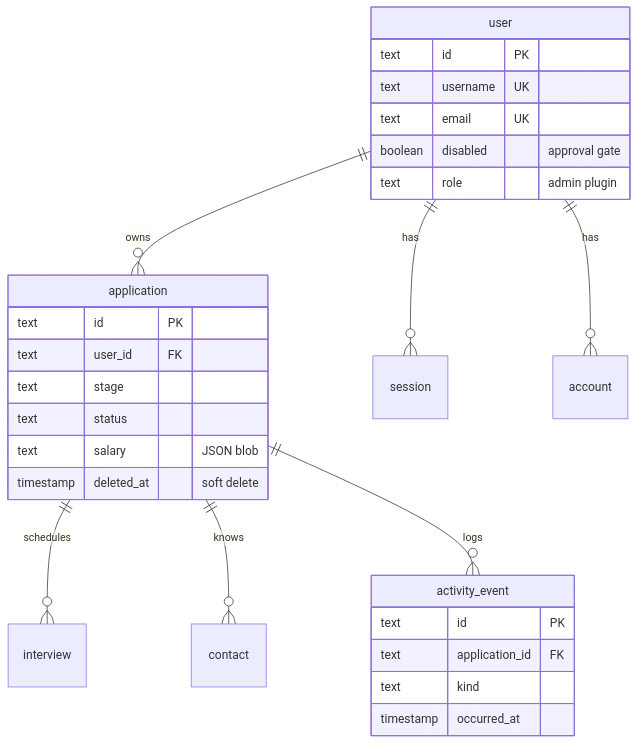
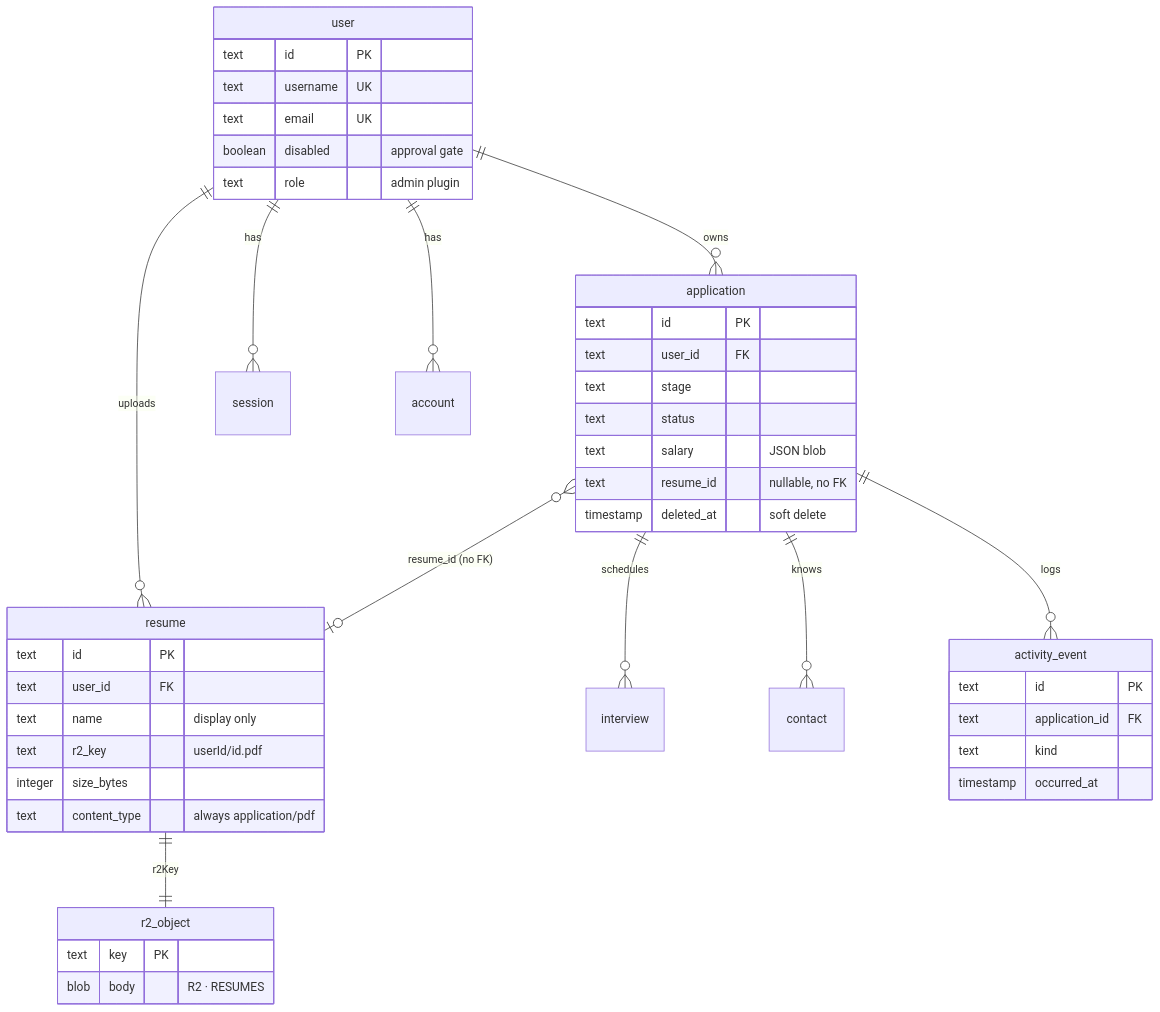
Before and after one commit to c0k0n/job-tracker: the first of 4 diagrams in docs/data-model.md, drawn with Mermaid. The commit also changed other lines of this file and 32 other files, not shown here.

````diff
--- a/docs/data-model.md
+++ b/docs/data-model.md
@@ -6,30 +7,46 @@
 ```mermaid
 erDiagram
     user ||--o{ application : owns
     user ||--o{ session : has
     user ||--o{ account : has
+    user ||--o{ resume : uploads
     application ||--o{ interview : schedules
     application ||--o{ contact : "knows"
     application ||--o{ activity_event : logs
+    application }o--o| resume : "resume_id (no FK)"
+    resume ||--|| r2_object : "r2Key"
     user {
         text id PK
         text username UK
         text email UK
         boolean disabled "approval gate"
         text role "admin plugin"
     }
     application {
         text id PK
         text user_id FK
         text stage
         text status
         text salary "JSON blob"
+        text resume_id "nullable, no FK"
         timestamp deleted_at "soft delete"
     }
     activity_event {
         text id PK
         text application_id FK
         text kind
         timestamp occurred_at
     }
+    resume {
+        text id PK
+        text user_id FK
+        text name "display only"
+        text r2_key "userId/id.pdf"
+        integer size_bytes
+        text content_type "always application/pdf"
+    }
+    r2_object {
+        text key PK
+        blob body "R2 · RESUMES"
+    }
 ```
````
